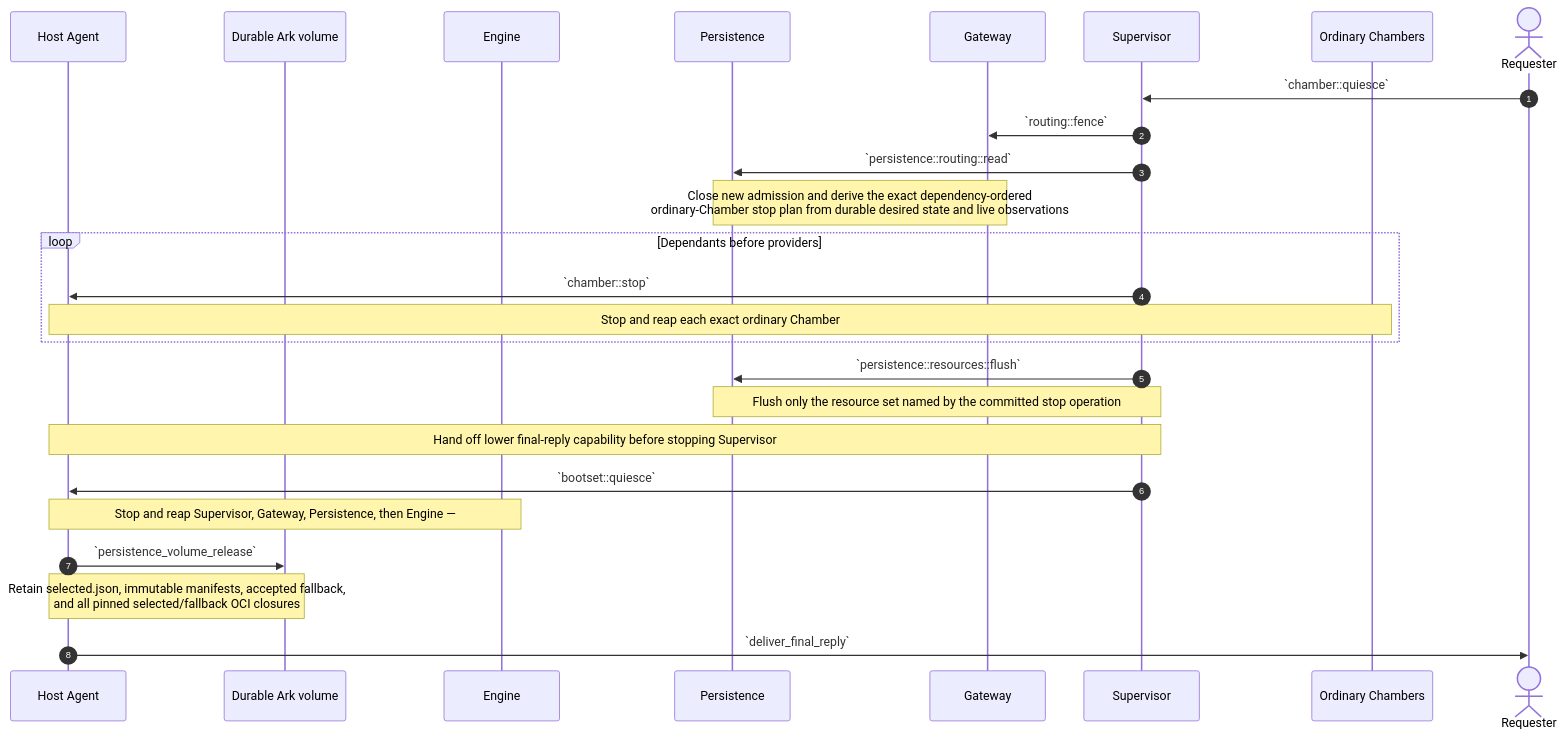
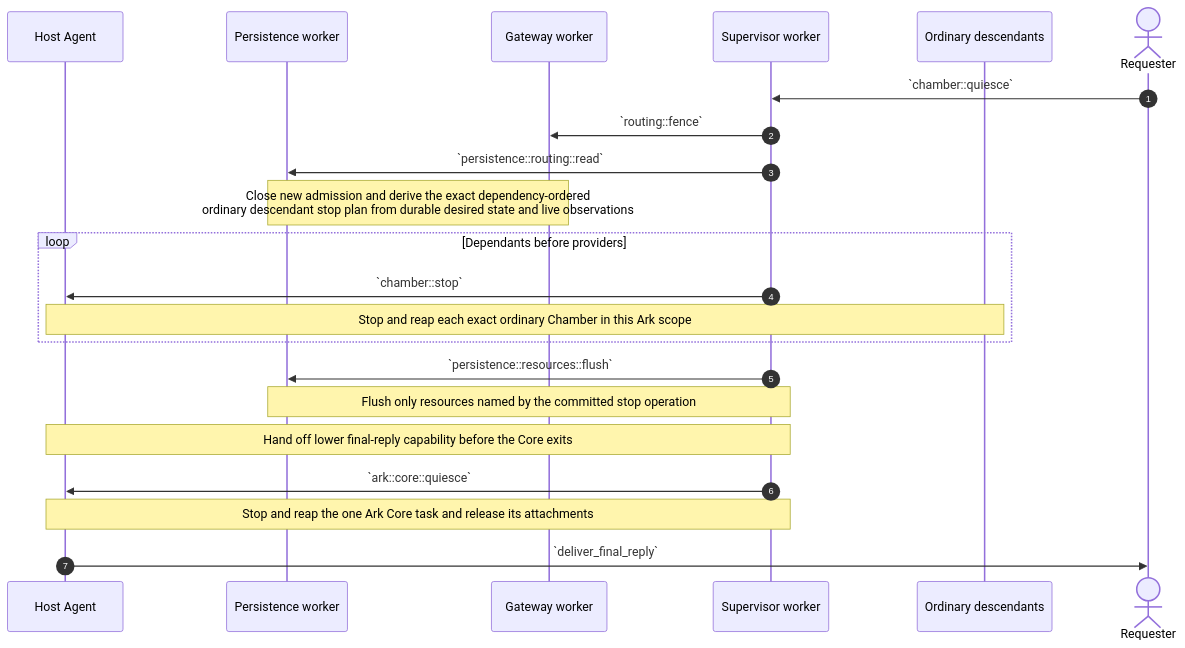
Diagram 16 of 17 in source/chambers-lifecycle-sequences.md (dreamcatcher-tech/chambers-lifecycle-explorer), drawn with Mermaid before and after one commit. The commit also changed other lines of this file and 9 other files, not shown here.

Commit message:
docs: project Ark Core lifecycle

````diff
--- a/source/chambers-lifecycle-sequences.md
+++ b/source/chambers-lifecycle-sequences.md
@@ -1717,29 +1130,25 @@
 ```mermaid
 sequenceDiagram
     autonumber
     participant HostAgent as Host Agent
-    participant Volume as Durable Ark volume
-    participant Engine
-    participant Persistence
-    participant Gateway
-    participant Supervisor
-    participant Members as Ordinary Chambers
+    participant Persistence as Persistence worker
+    participant Gateway as Gateway worker
+    participant Supervisor as Supervisor worker
+    participant Members as Ordinary descendants
     actor Requester
 
     Requester->>Supervisor: `chamber::quiesce`
     Supervisor->>Gateway: `routing::fence`
     Supervisor->>Persistence: `persistence::routing::read`
-    Note over Persistence,Gateway: Close new admission and derive the exact dependency-ordered<br/>ordinary-Chamber stop plan from durable desired state and live observations
+    Note over Persistence,Gateway: Close new admission and derive the exact dependency-ordered<br/>ordinary descendant stop plan from durable desired state and live observations
     loop Dependants before providers
         Supervisor->>HostAgent: `chamber::stop`
-        Note over HostAgent,Members: Stop and reap each exact ordinary Chamber
+        Note over HostAgent,Members: Stop and reap each exact ordinary Chamber in this Ark scope
     end
     Supervisor->>Persistence: `persistence::resources::flush`
-    Note over Supervisor,Persistence: Flush only the resource set named by the committed stop operation
-    Note over Supervisor,HostAgent: Hand off lower final-reply capability before stopping Supervisor
-    Supervisor->>HostAgent: `bootset::quiesce`
-    Note over HostAgent,Engine: Stop and reap Supervisor, Gateway, Persistence, then Engine —
-    HostAgent->>Volume: `persistence_volume_release`
-    Note over HostAgent,Volume: Retain selected.json, immutable manifests, accepted fallback,<br/>and all pinned selected/fallback OCI closures
+    Note over Supervisor,Persistence: Flush only resources named by the committed stop operation
+    Note over Supervisor,HostAgent: Hand off lower final-reply capability before the Core exits
+    Supervisor->>HostAgent: `ark::core::quiesce`
+    Note over HostAgent,Supervisor: Stop and reap the one Ark Core task and release its attachments
     HostAgent->>Requester: `deliver_final_reply`
 ```
````
